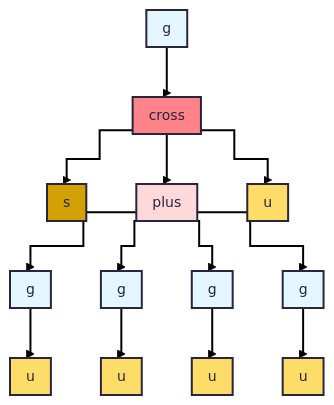
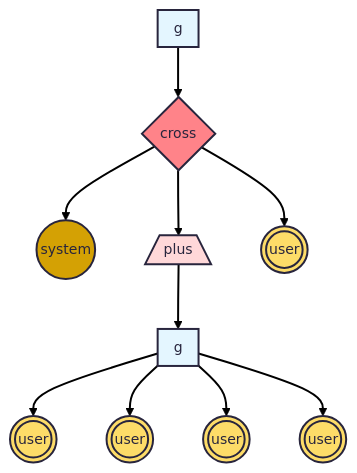
The diagram in README.md (starpit/spnl), drawn with Mermaid before and after one commit.

Commit message:
doc: tweaks to mermaid chart in readme

````diff
--- a/README.md
+++ b/README.md
@@ -29,33 +29,29 @@
 ```mermaid
 ---
 config:
       theme: redux
       flowchart:
             padding: 0
-            curve: step
 ---
 flowchart TD
-        g1@{label: g} --> x1@{label: cross}
-        x1 --> s1@{label: s}
-        x1 --> p1@{label: plus}
-        x1 --> u1@{label: u}
-        p1 --> g2@{label: g}
-        p1 --> g3@{label: g}
-        p1 --> g4@{label: g}
-        p1 --> g5@{label: g}
-        g2 --> u2@{label: u}
-        g3 --> u3@{label: u}
-        g4 --> u4@{label: u}
-        g5 --> u5@{label: u}
+        g1["g"] --> x1{"cross"}
+        x1 --> s1(("system"))
+        x1 --> p1[/"plus"\]
+        x1 --> u1((("user")))
+        p1 --> g2["g"]
+        g2 --> u2((("user")))
+        g2 --> u3((("user")))
+        g2 --> u4((("user")))
+        g2 --> u5((("user")))
 
         classDef g fill:#e4f6ff
         classDef x fill:#ff8389
         classDef p fill:#ffd8d9
         classDef s fill:#d4a104
         classDef u fill:#fddc68
-        class g1,g2,g3,g4,g5 g
+        class g1,g2 g
         class x1 x
         class p1 p
         class s1 s
         class u1,u2,u3,u4,u5 u
 ```
````
